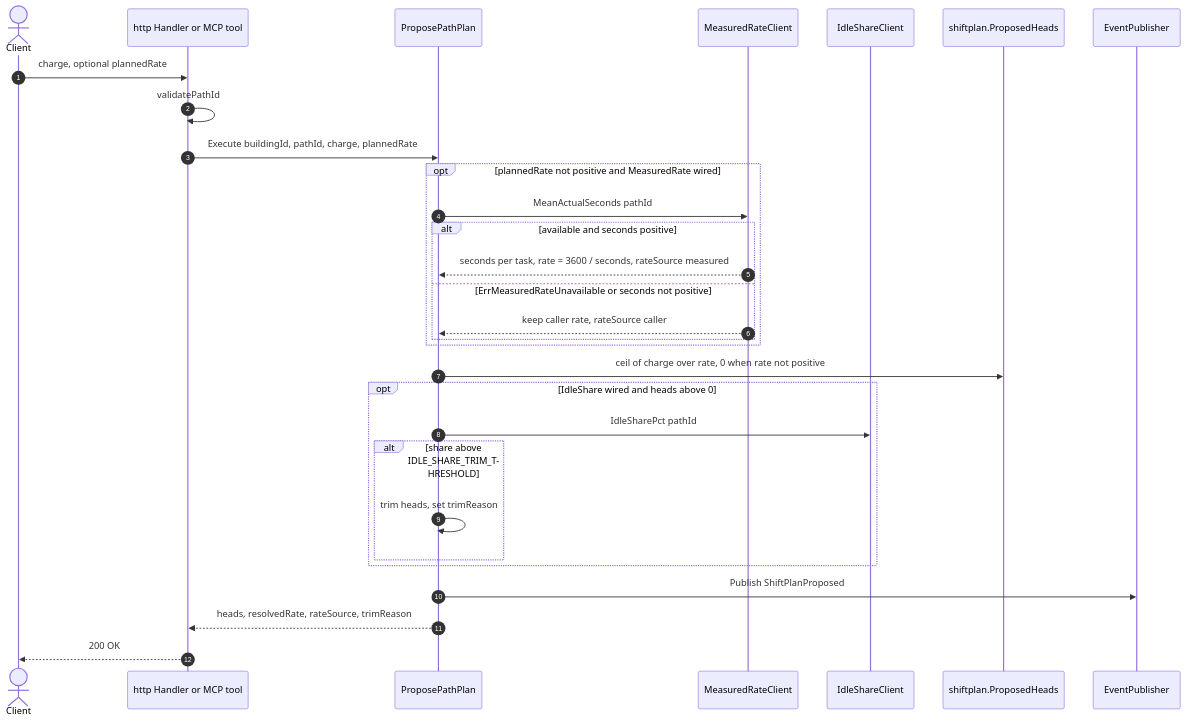
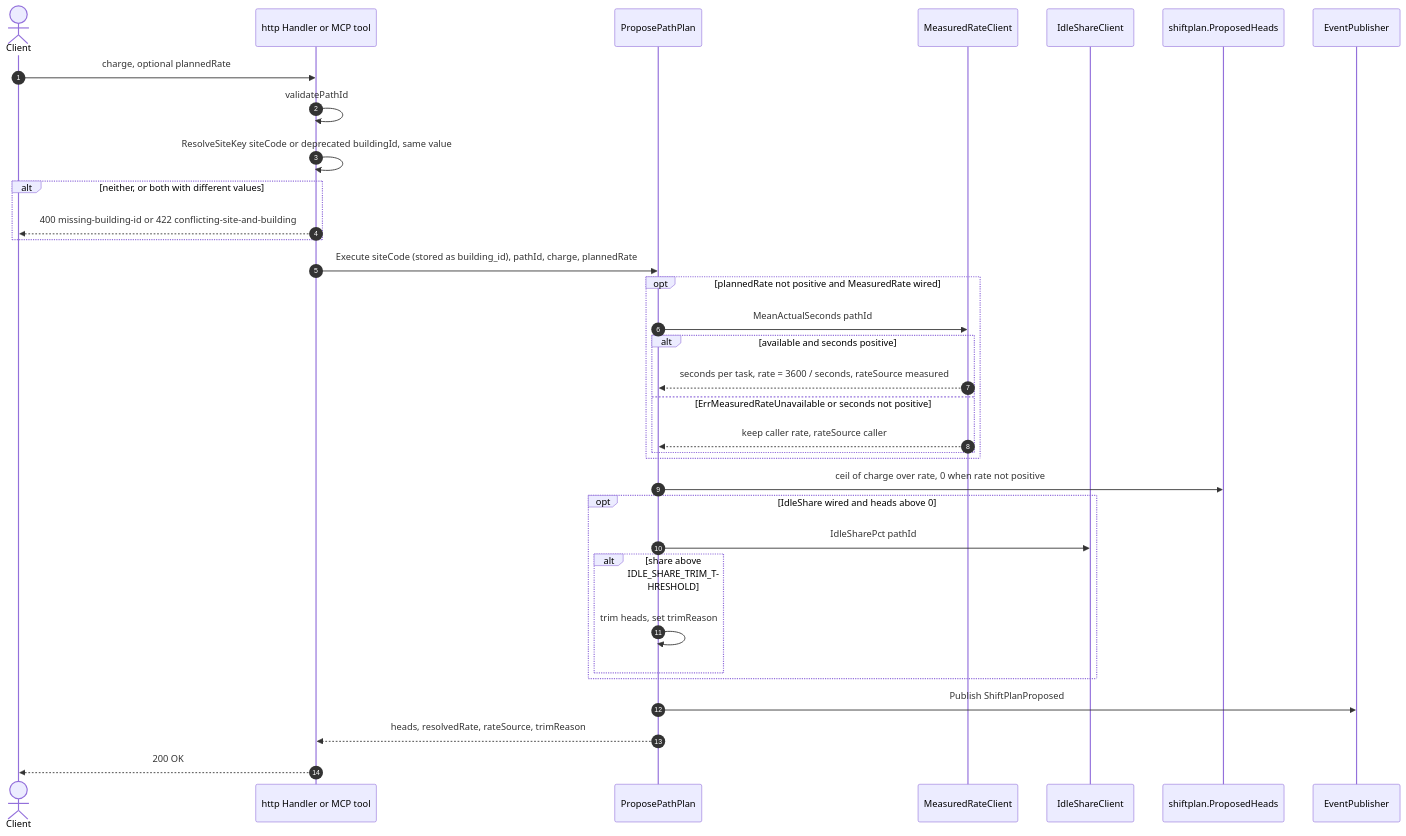
One commit to IQVO/warehouse-docs changed the sixth of 7 diagrams in docs/contexts/workforce-management/sequence-diagrams.md. Above: the diagram before and after it, drawn with Mermaid. The commit also changed other lines of this file and 119 other files, not shown here.

````diff
--- a/docs/contexts/workforce-management/sequence-diagrams.md
+++ b/docs/contexts/workforce-management/sequence-diagrams.md
@@ -289,32 +296,36 @@
 ```mermaid
 sequenceDiagram
     autonumber
     actor Client
     participant In as http Handler or MCP tool
     participant UC as ProposePathPlan
     participant MR as MeasuredRateClient
     participant IS as IdleShareClient
     participant SP as shiftplan.ProposedHeads
     participant OB as EventPublisher
     Client->>In: charge, optional plannedRate
     In->>In: validatePathId
-    In->>UC: Execute buildingId, pathId, charge, plannedRate
+    In->>In: ResolveSiteKey siteCode or deprecated buildingId, same value
+    alt neither, or both with different values
+        In-->>Client: 400 missing-building-id or 422 conflicting-site-and-building
+    end
+    In->>UC: Execute siteCode (stored as building_id), pathId, charge, plannedRate
     opt plannedRate not positive and MeasuredRate wired
         UC->>MR: MeanActualSeconds pathId
         alt available and seconds positive
             MR-->>UC: seconds per task, rate = 3600 / seconds, rateSource measured
         else ErrMeasuredRateUnavailable or seconds not positive
             MR-->>UC: keep caller rate, rateSource caller
         end
     end
     UC->>SP: ceil of charge over rate, 0 when rate not positive
     opt IdleShare wired and heads above 0
         UC->>IS: IdleSharePct pathId
         alt share above IDLE_SHARE_TRIM_THRESHOLD
             UC->>UC: trim heads, set trimReason
         end
     end
     UC->>OB: Publish ShiftPlanProposed
     UC-->>In: heads, resolvedRate, rateSource, trimReason
     In-->>Client: 200 OK
 ```
````
